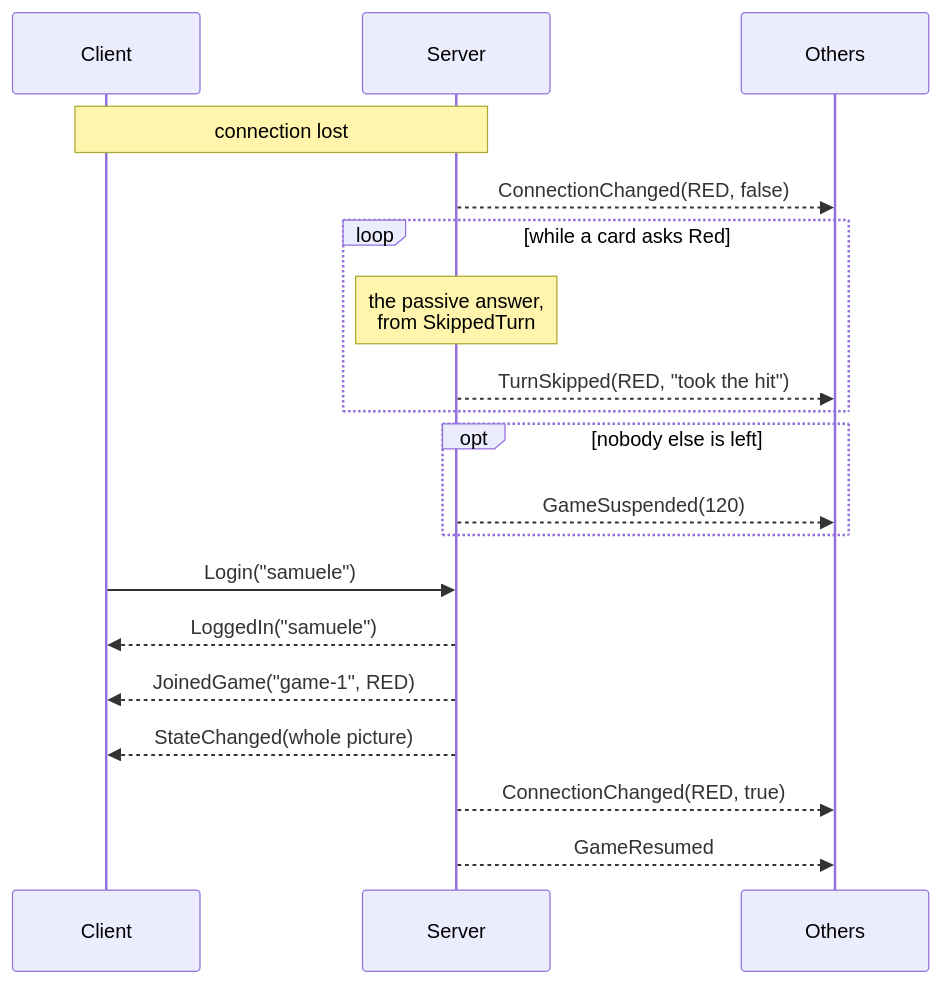
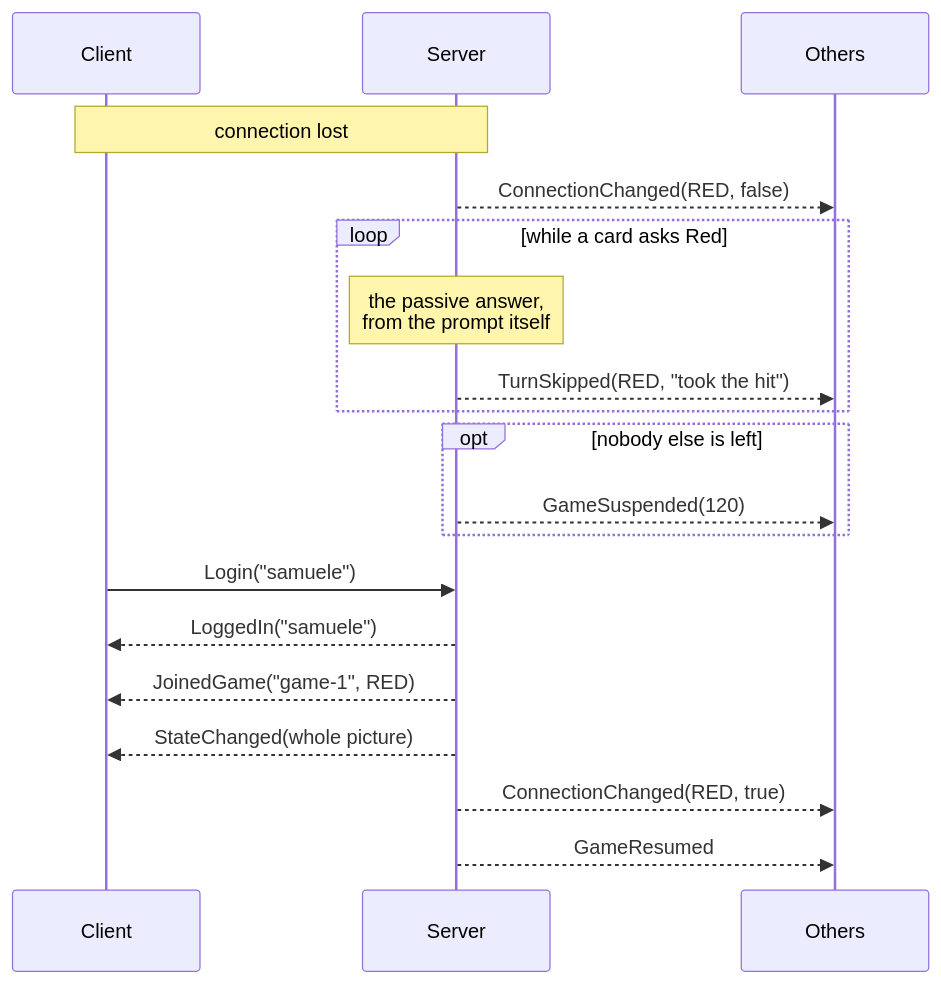
The fourth of 4 diagrams in docs/protocol/README.md (samuelesegrini/ing-sw-2025-segrini-terribile-varricchio-zanca), drawn with Mermaid before and after one commit. The commit also changed other lines of this file and 17 other files, not shown here.

````diff
--- a/docs/protocol/README.md
+++ b/docs/protocol/README.md
@@ -325,21 +325,21 @@
 ```mermaid
 sequenceDiagram
     participant C as Client
     participant S as Server
     participant O as Others
     Note over C,S: connection lost
     S-->>O: ConnectionChanged(RED, false)
     loop while a card asks Red
-        Note over S: the passive answer,<br/>from SkippedTurn
+        Note over S: the passive answer,<br/>from the prompt itself
         S-->>O: TurnSkipped(RED, "took the hit")
     end
     opt nobody else is left
         S-->>O: GameSuspended(120)
     end
     C->>S: Login("samuele")
     S-->>C: LoggedIn("samuele")
     S-->>C: JoinedGame("game-1", RED)
     S-->>C: StateChanged(whole picture)
     S-->>O: ConnectionChanged(RED, true)
     S-->>O: GameResumed
 ```
````
